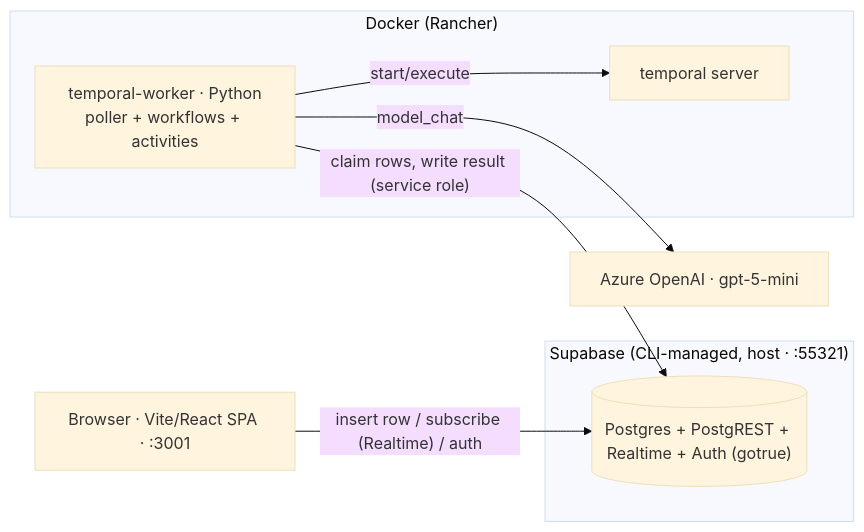
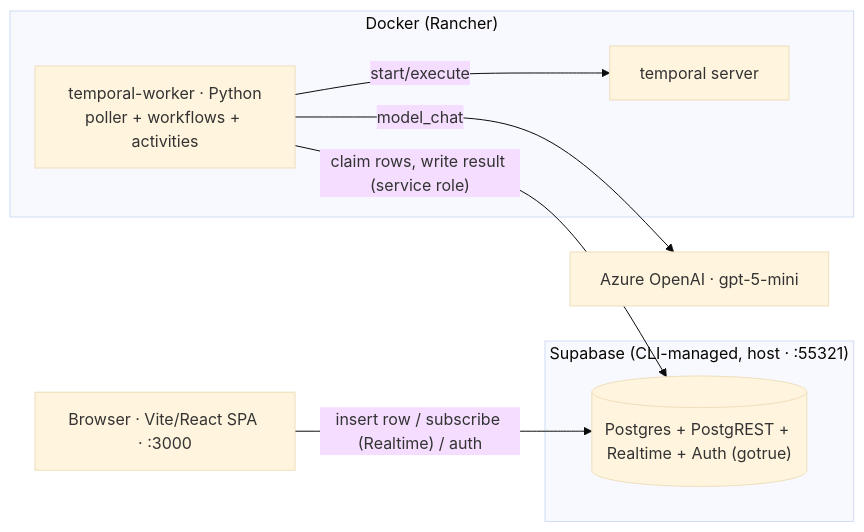
The first of 2 diagrams in docs/architecture/product-architecture.md (AlexitsP/agentic-feature-development), drawn with Mermaid (base theme) before and after one commit.

Commit message:
docs: correct browser port in architecture diagram (:3001 → :3000) (#48)
The container diagram cited the browser at :3001, a leftover from a prior ad-hoc
port remap. The committed docker-compose serves the frontend on :3000.

````diff
--- a/docs/architecture/product-architecture.md
+++ b/docs/architecture/product-architecture.md
@@ -34,17 +34,17 @@
 ```mermaid
 flowchart LR
-    browser["Browser · Vite/React SPA · :3001"]
+    browser["Browser · Vite/React SPA · :3000"]
     subgraph supa["Supabase (CLI-managed, host · :55321)"]
       pg[("Postgres + PostgREST + Realtime + Auth (gotrue)")]
     end
     subgraph docker["Docker (Rancher)"]
       worker["temporal-worker · Python<br/>poller + workflows + activities"]
       temporal["temporal server"]
     end
     azoai["Azure OpenAI · gpt-5-mini"]
 
     browser -->|"insert row / subscribe (Realtime) / auth"| pg
     worker -->|"claim rows, write result (service role)"| pg
     worker -->|"start/execute"| temporal
     worker -->|"model_chat"| azoai
 ```
````
